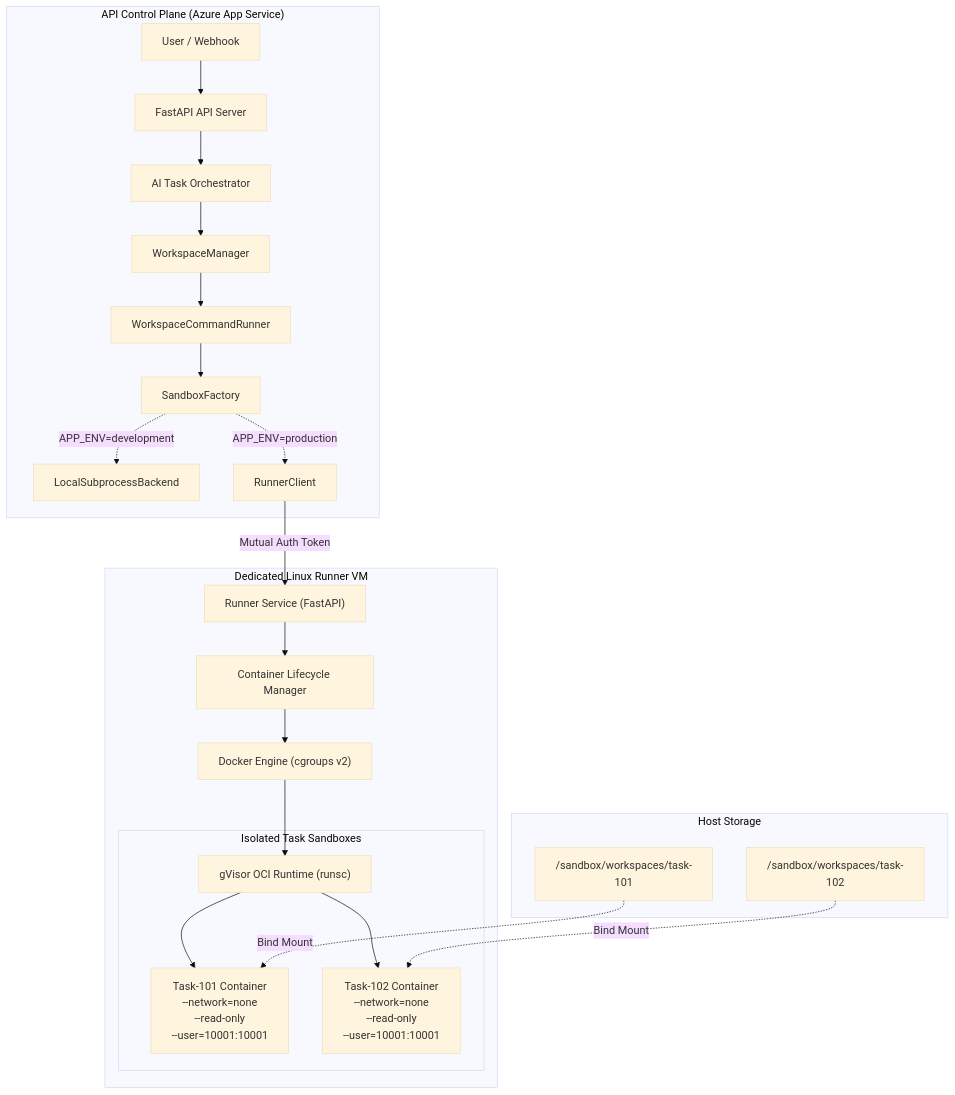
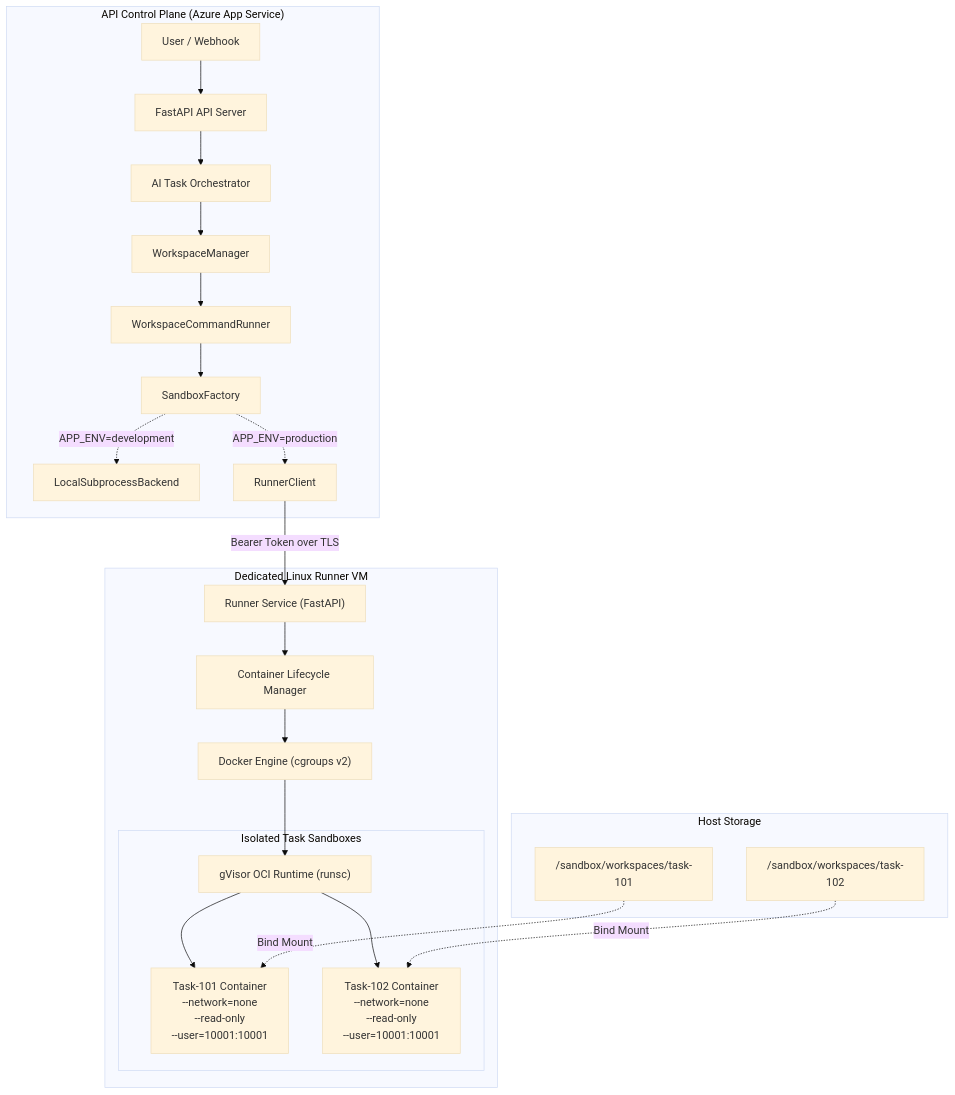
One commit to Meetvirugama/AI-Powered-Software-Development-Platform changed the diagram in Docs/security/sandbox/diagrams/architecture.mmd. Above: the diagram before and after it, drawn with Mermaid (base theme). The commit also changed 17 other files, not shown here.

Commit message:
fix(security): resolve CodeRabbit review findings on sandbox architecture and runner service

```diff
--- a/Docs/security/sandbox/diagrams/architecture.mmd
+++ b/Docs/security/sandbox/diagrams/architecture.mmd
@@ -1,27 +1,27 @@
 graph TD
     subgraph ControlPlane["API Control Plane (Azure App Service)"]
         User["User / Webhook"] --> API["FastAPI API Server"]
         API --> Orchestrator["AI Task Orchestrator"]
         Orchestrator --> WSManager["WorkspaceManager"]
         WSManager --> CmdRunner["WorkspaceCommandRunner"]
         CmdRunner --> Factory["SandboxFactory"]
         Factory -. "APP_ENV=development" .-> LocalBackend["LocalSubprocessBackend"]
         Factory -. "APP_ENV=production" .-> RunnerClient["RunnerClient"]
     end
 
     subgraph RunnerHost["Dedicated Linux Runner VM"]
-        RunnerClient -->|Mutual Auth Token| RunnerAPI["Runner Service (FastAPI)"]
+        RunnerClient -->|Bearer Token over TLS| RunnerAPI["Runner Service (FastAPI)"]
         RunnerAPI --> ContainerMgr["Container Lifecycle Manager"]
         ContainerMgr --> Docker["Docker Engine (cgroups v2)"]
         Docker --> gVisor["gVisor OCI Runtime (runsc)"]
         
         subgraph Sandboxes["Isolated Task Sandboxes"]
             gVisor --> Container1["Task-101 Container<br/>--network=none<br/>--read-only<br/>--user=10001:10001"]
             gVisor --> Container2["Task-102 Container<br/>--network=none<br/>--read-only<br/>--user=10001:10001"]
         end
     end
 
     subgraph Storage["Host Storage"]
         WS1["/sandbox/workspaces/task-101"] -.->|Bind Mount| Container1
         WS2["/sandbox/workspaces/task-102"] -.->|Bind Mount| Container2
     end
```
